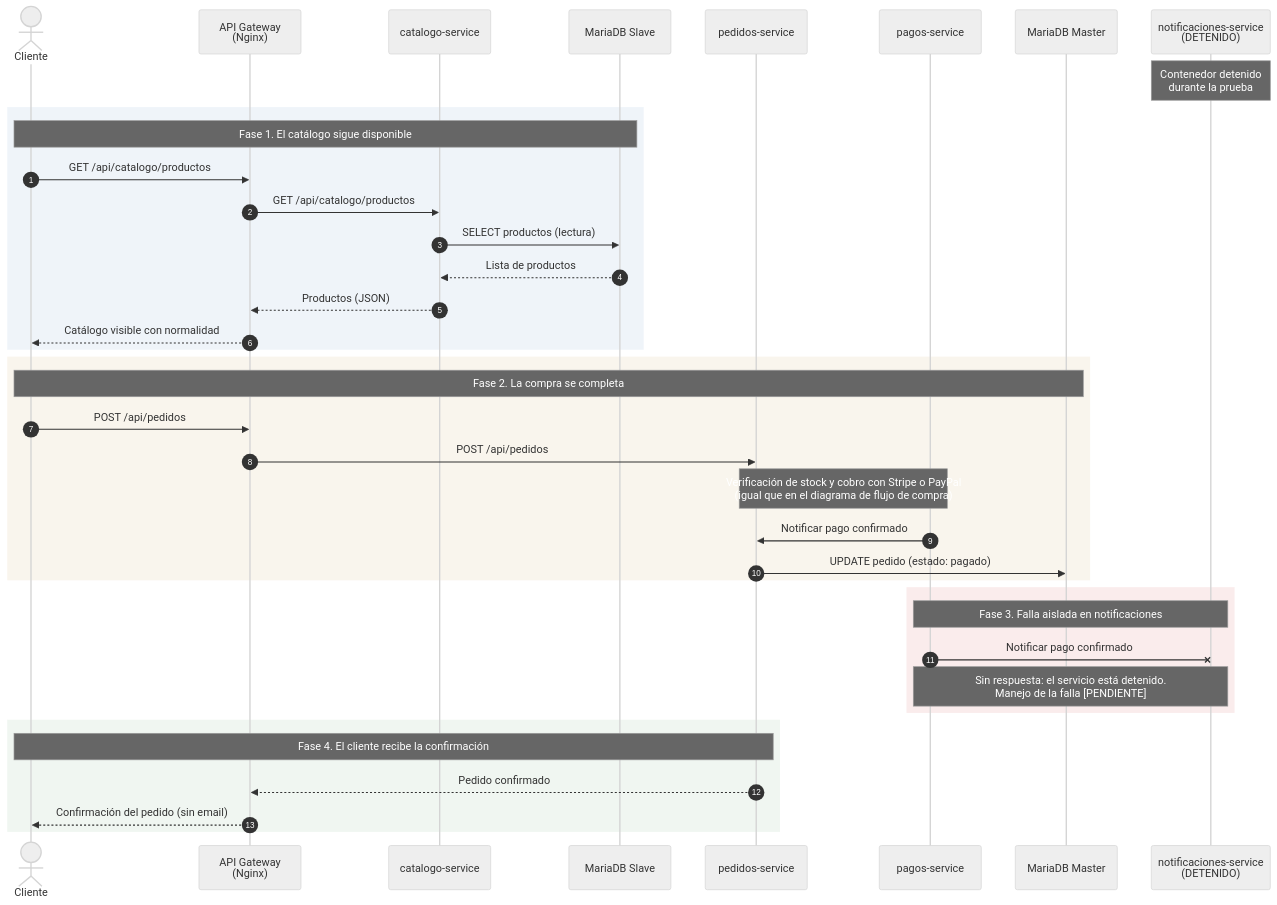
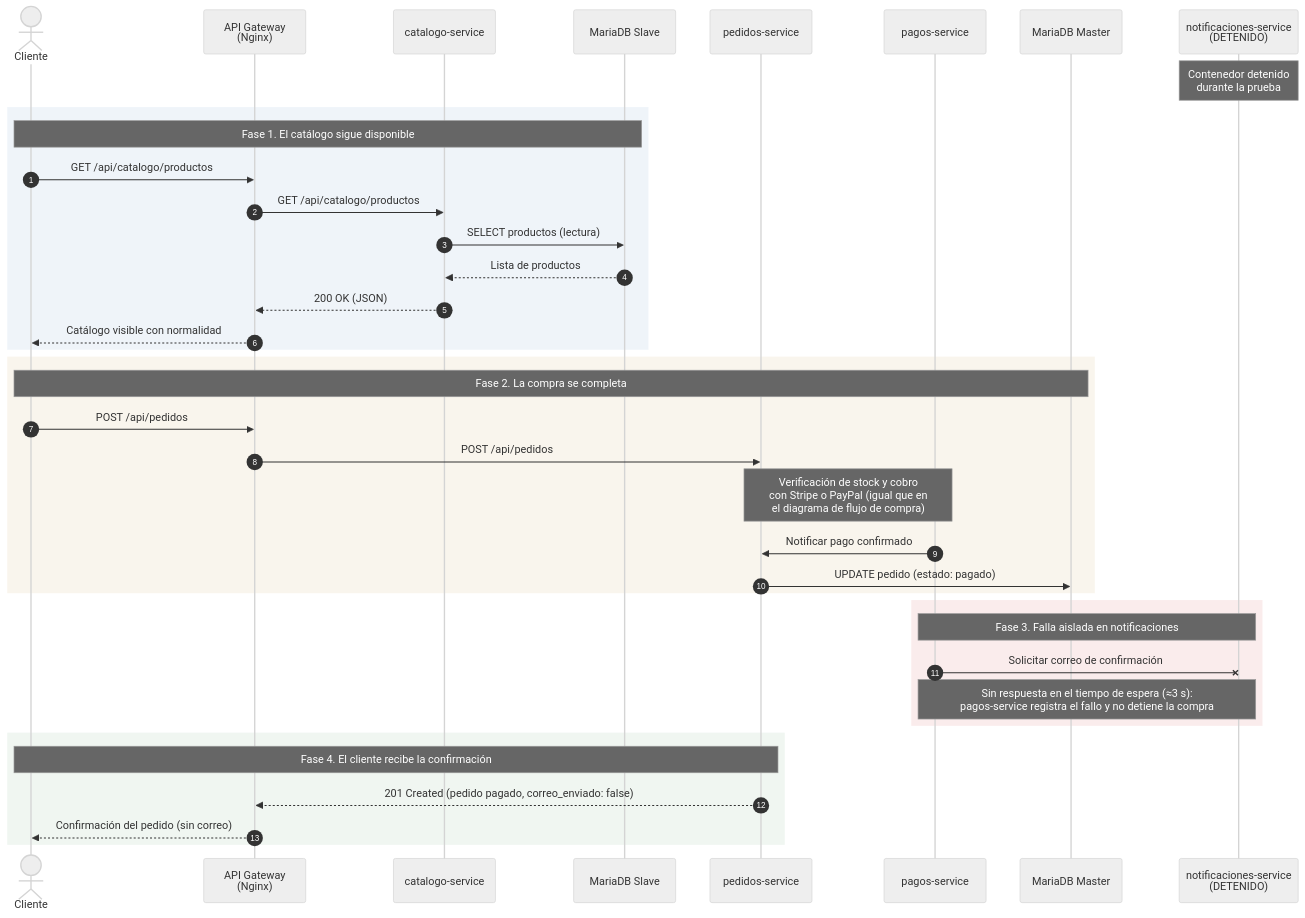
One commit to anderson-0112/proyecto-ecommerce changed the diagram in docs/diagramas/diagrama6_tolerancia_fallos/secuencia_tolerancia_fallos.mmd. Above: the diagram before and after it, drawn with Mermaid (neutral theme). The commit also changed 30 other files, not shown here.

```diff
--- a/docs/diagramas/diagrama6_tolerancia_fallos/secuencia_tolerancia_fallos.mmd
+++ b/docs/diagramas/diagrama6_tolerancia_fallos/secuencia_tolerancia_fallos.mmd
@@ -1,43 +1,43 @@
 sequenceDiagram
     autonumber
     actor C as Cliente
     participant GW as API Gateway<br/>(Nginx)
     participant CAT as catalogo-service
     participant SL as MariaDB Slave
     participant PED as pedidos-service
     participant PAG as pagos-service
     participant MA as MariaDB Master
     participant NOT as notificaciones-service<br/>(DETENIDO)
 
     Note over NOT: Contenedor detenido<br/>durante la prueba
 
     rect rgba(120,160,200,0.12)
     Note over C,SL: Fase 1. El catálogo sigue disponible
     C->>GW: GET /api/catalogo/productos
     GW->>CAT: GET /api/catalogo/productos
     CAT->>SL: SELECT productos (lectura)
     SL-->>CAT: Lista de productos
-    CAT-->>GW: Productos (JSON)
+    CAT-->>GW: 200 OK (JSON)
     GW-->>C: Catálogo visible con normalidad
     end
 
     rect rgba(200,170,110,0.12)
     Note over C,MA: Fase 2. La compra se completa
     C->>GW: POST /api/pedidos
     GW->>PED: POST /api/pedidos
-    Note over PED,PAG: Verificación de stock y cobro con Stripe o PayPal<br/>(igual que en el diagrama de flujo de compra)
+    Note over PED,PAG: Verificación de stock y cobro<br/>con Stripe o PayPal (igual que en<br/>el diagrama de flujo de compra)
     PAG->>PED: Notificar pago confirmado
     PED->>MA: UPDATE pedido (estado: pagado)
     end
 
     rect rgba(220,120,120,0.14)
     Note over PAG,NOT: Fase 3. Falla aislada en notificaciones
-    PAG-xNOT: Notificar pago confirmado
-    Note over PAG,NOT: Sin respuesta: el servicio está detenido.<br/>Manejo de la falla [PENDIENTE]
+    PAG-xNOT: Solicitar correo de confirmación
+    Note over PAG,NOT: Sin respuesta en el tiempo de espera (≈3 s):<br/>pagos-service registra el fallo y no detiene la compra
     end
 
     rect rgba(130,180,140,0.12)
     Note over C,PED: Fase 4. El cliente recibe la confirmación
-    PED-->>GW: Pedido confirmado
-    GW-->>C: Confirmación del pedido (sin email)
+    PED-->>GW: 201 Created (pedido pagado, correo_enviado: false)
+    GW-->>C: Confirmación del pedido (sin correo)
     end
```
